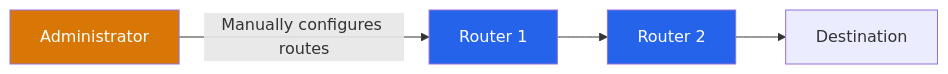
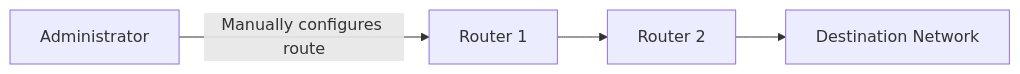
The seventh of 9 diagrams in 01.md (aswath0001/Internet-Networking), drawn with Mermaid before and after one commit. The commit also changed other lines of this file, not shown here.

````diff
--- a/01.md
+++ b/01.md
@@ -247,10 +381,6 @@
-```mermaid
+``` mermaid
 flowchart LR
-    A["Administrator"] -->|"Manually configures routes"| R1["Router 1"]
+    A["Administrator"] -->|"Manually configures route"| R1["Router 1"]
     R1 --> R2["Router 2"]
-    R2 --> B["Destination"]
-
-    style A fill:#d97706,color:#fff
-    style R1 fill:#2563eb,color:#fff
-    style R2 fill:#2563eb,color:#fff
+    R2 --> B["Destination Network"]
 ```
````
